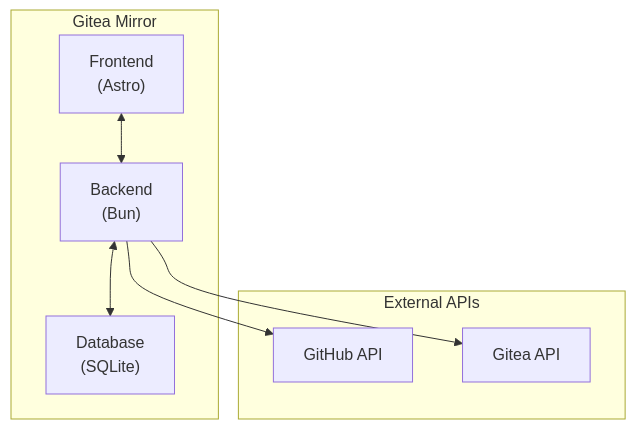
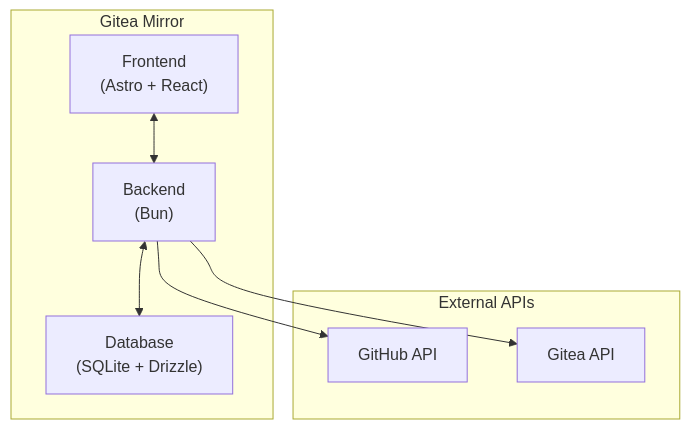
The diagram in src/content/docs/architecture.md (lllyyysss77/gitea-mirror), drawn with Mermaid before and after one commit. The commit also changed other lines of this file and 2 other files, not shown here.

Commit message:
Update documentation: revise architecture, configuration, and quick start guides to reflect new features and deployment options

````diff
--- a/src/content/docs/architecture.md
+++ b/src/content/docs/architecture.md
@@ -29,19 +30,19 @@
 ```mermaid
 graph TD
     subgraph "Gitea Mirror"
-        Frontend["Frontend<br/>(Astro)"]
+        Frontend["Frontend<br/>(Astro + React)"]
         Backend["Backend<br/>(Bun)"]
-        Database["Database<br/>(SQLite)"]
+        Database["Database<br/>(SQLite + Drizzle)"]
 
         Frontend <--> Backend
         Backend <--> Database
     end
 
     subgraph "External APIs"
         GitHub["GitHub API"]
         Gitea["Gitea API"]
     end
 
     Backend --> GitHub
     Backend --> Gitea
 ```
````
